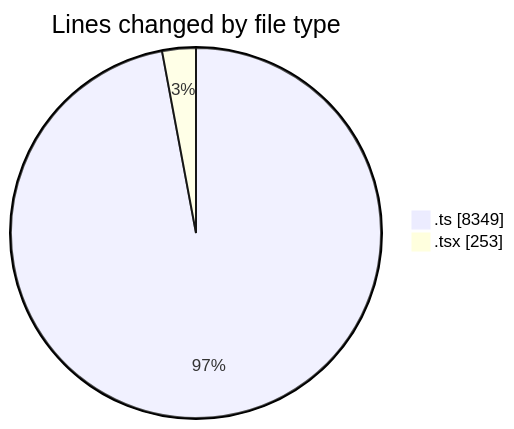
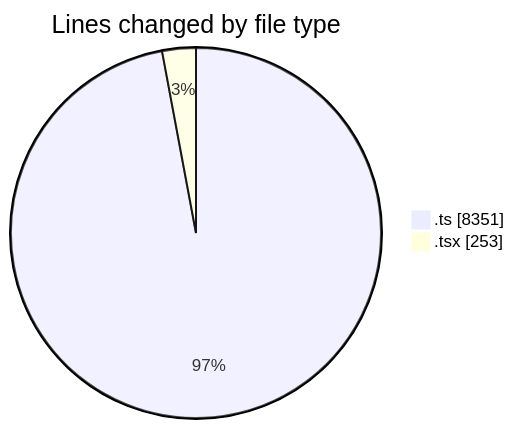
The first of 2 diagrams in 2025-07-14/cda/README.md (momahboobian/code-tracking), drawn with Mermaid before and after one commit. The commit also changed other lines of this file and 1 other file, not shown here.

````diff
--- a/2025-07-14/cda/README.md
+++ b/2025-07-14/cda/README.md
@@ -24,6 +24,6 @@
 ```mermaid
 pie showData
 title Lines changed by file type
-".ts" : 8349
+".ts" : 8351
 ".tsx" : 253
 ```
````
